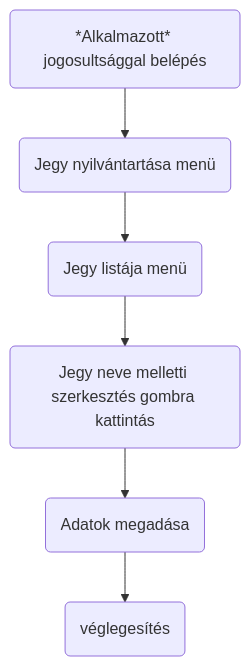
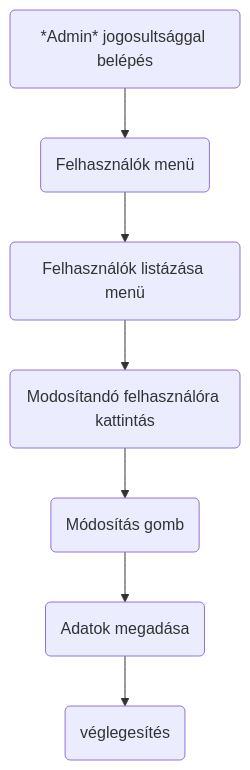
The eighth of 9 diagrams in docs/KövSpec.md (AfpCsoportFives/Afp2Projekt), drawn with Mermaid before and after one commit. The commit also changed other lines of this file, not shown here.

````diff
--- a/docs/KövSpec.md
+++ b/docs/KövSpec.md
@@ -145,14 +200,16 @@
 ```mermaid
 flowchart TD;
-A("*Alkalmazott* jogosultsággal belépés");
-B("Jegy nyilvántartása menü");
-C("Jegy listája menü");
-D("Jegy neve melletti szerkesztés gombra kattintás");
-E("Adatok megadása");
-F("véglegesítés");
+A("*Admin* jogosultsággal belépés");
+B("Felhasználók menü");
+C("Felhasználók listázása menü");
+D("Modosítandó felhasználóra kattintás");
+E("Módosítás gomb");
+F("Adatok megadása");
+G("véglegesítés");
 A-->B;
 B-->C;
 C-->D;
 D-->E;
 E-->F;
+F-->G
 ```
````
